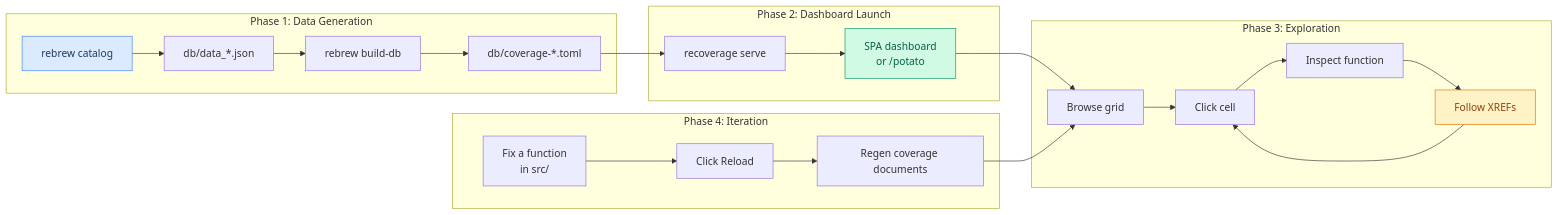
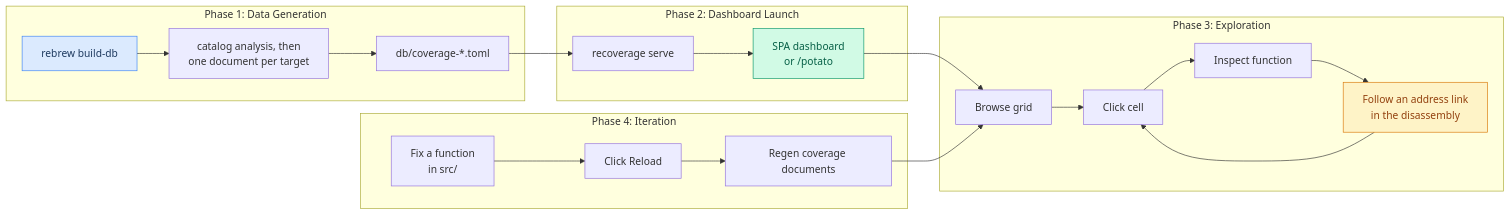
One commit to maci0/recoverage changed diagram 18 of 18 in docs/USER_STORIES.md. Above: the diagram before and after it, drawn with Mermaid. The commit also changed other lines of this file and 6 other files, not shown here.

````diff
--- a/docs/USER_STORIES.md
+++ b/docs/USER_STORIES.md
@@ -576,31 +572,30 @@
 ```mermaid
 graph LR
     subgraph "Phase 1: Data Generation"
-        A["rebrew catalog"] --> B["db/data_*.json"]
-        B --> C["rebrew build-db"]
-        C --> D["db/coverage-*.toml"]
+        A["rebrew build-db"] --> B["catalog analysis, then<br/>one document per target"]
+        B --> C["db/coverage-*.toml"]
     end
 
     subgraph "Phase 2: Dashboard Launch"
-        D --> E["recoverage serve"]
+        C --> E["recoverage serve"]
         E --> F["SPA dashboard<br/>or /potato"]
     end
 
     subgraph "Phase 3: Exploration"
         F --> G["Browse grid"]
         G --> H["Click cell"]
         H --> I["Inspect function"]
-        I --> J["Follow XREFs"]
+        I --> J["Follow an address link<br/>in the disassembly"]
         J --> H
     end
 
     subgraph "Phase 4: Iteration"
         K["Fix a function<br/>in src/"] --> L["Click Reload"]
         L --> M["Regen coverage documents"]
         M --> G
     end
 
     style A fill:#dbeafe,stroke:#3b82f6,color:#1e3a5f
     style F fill:#d1fae5,stroke:#059669,color:#065f46
     style J fill:#fef3c7,stroke:#d97706,color:#92400e
 ```
````
